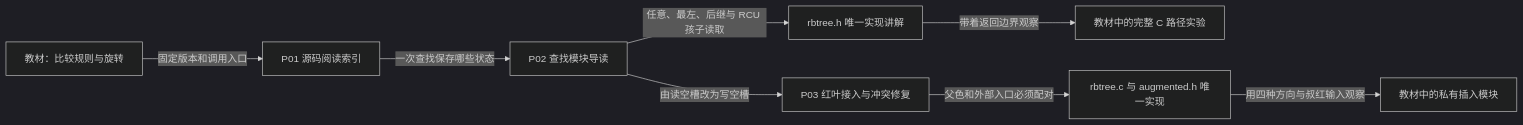
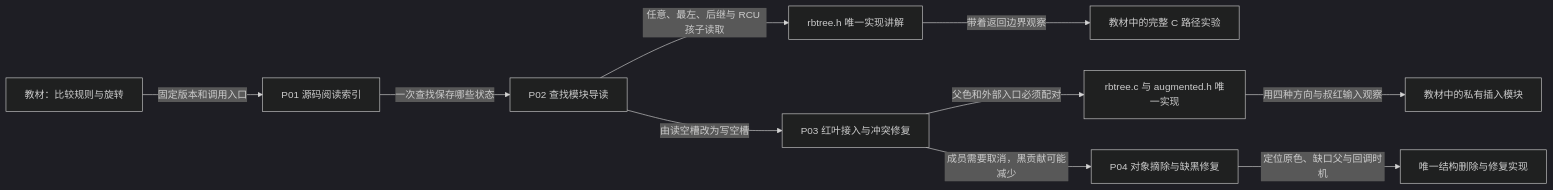
Before and after one commit to FormingSystem/linux_note: the diagram in research/source_reading/rbtree/大纲.md, drawn with Mermaid (dark theme). The commit also changed other lines of this file and 22 other files, not shown here.

````diff
--- a/research/source_reading/rbtree/大纲.md
+++ b/research/source_reading/rbtree/大纲.md
@@ -15,10 +15,12 @@
 ```mermaid
 flowchart LR
     K["教材：比较规则与旋转"] -->|"固定版本和调用入口"| I["P01 源码阅读索引"]
     I -->|"一次查找保存哪些状态"| N["P02 查找模块导读"]
     N -->|"任意、最左、后继与 RCU 孩子读取"| S["rbtree.h 唯一实现讲解"]
     S -->|"带着返回边界观察"| E["教材中的完整 C 路径实验"]
     N -->|"由读空槽改为写空槽"| A["P03 红叶接入与冲突修复"]
     A -->|"父色和外部入口必须配对"| R["rbtree.c 与 augmented.h 唯一实现"]
     R -->|"用四种方向与叔红输入观察"| M["教材中的私有插入模块"]
+    A -->|"成员需要取消，黑贡献可能减少"| D["P04 对象摘除与缺黑修复"]
+    D -->|"定位原色、缺口父与回调时机"| Q["唯一结构删除与修复实现"]
 ```
````
